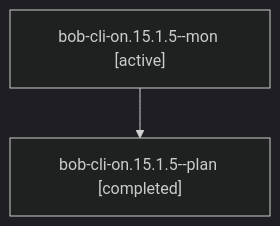
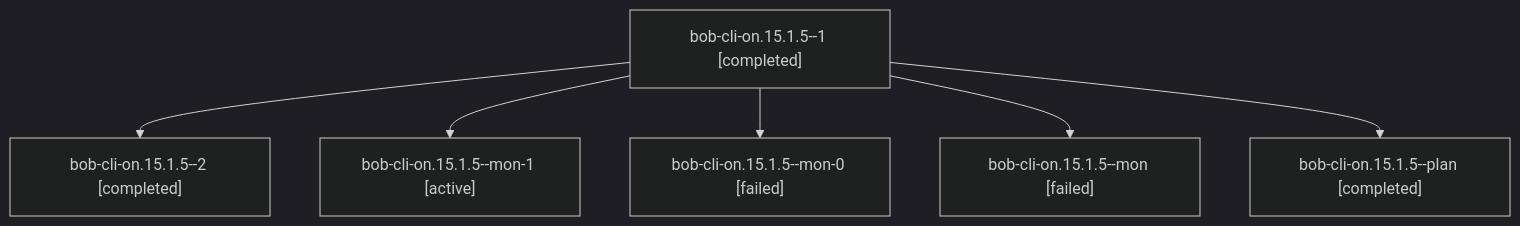
The diagram in sessions/bbugyi200.athena.bob-cli-on.15.1.5.md (bobs-org/bob-cli--agents), drawn with Mermaid (dark theme) before and after one commit. The commit also changed other lines of this file and 211 other files, not shown here.

````diff
--- a/sessions/bbugyi200.athena.bob-cli-on.15.1.5.md
+++ b/sessions/bbugyi200.athena.bob-cli-on.15.1.5.md
@@ -9,6 +9,14 @@
 ```mermaid
 flowchart TD
-  n0["bob-cli-on.15.1.5--mon [active]"]
-  n1["bob-cli-on.15.1.5--plan [completed]"]
+  n0["bob-cli-on.15.1.5--1 [completed]"]
+  n1["bob-cli-on.15.1.5--2 [completed]"]
   n0 --> n1
+  n2["bob-cli-on.15.1.5--mon-1 [active]"]
+  n0 --> n2
+  n3["bob-cli-on.15.1.5--mon-0 [failed]"]
+  n0 --> n3
+  n4["bob-cli-on.15.1.5--mon [failed]"]
+  n0 --> n4
+  n5["bob-cli-on.15.1.5--plan [completed]"]
+  n0 --> n5
 ```
````
